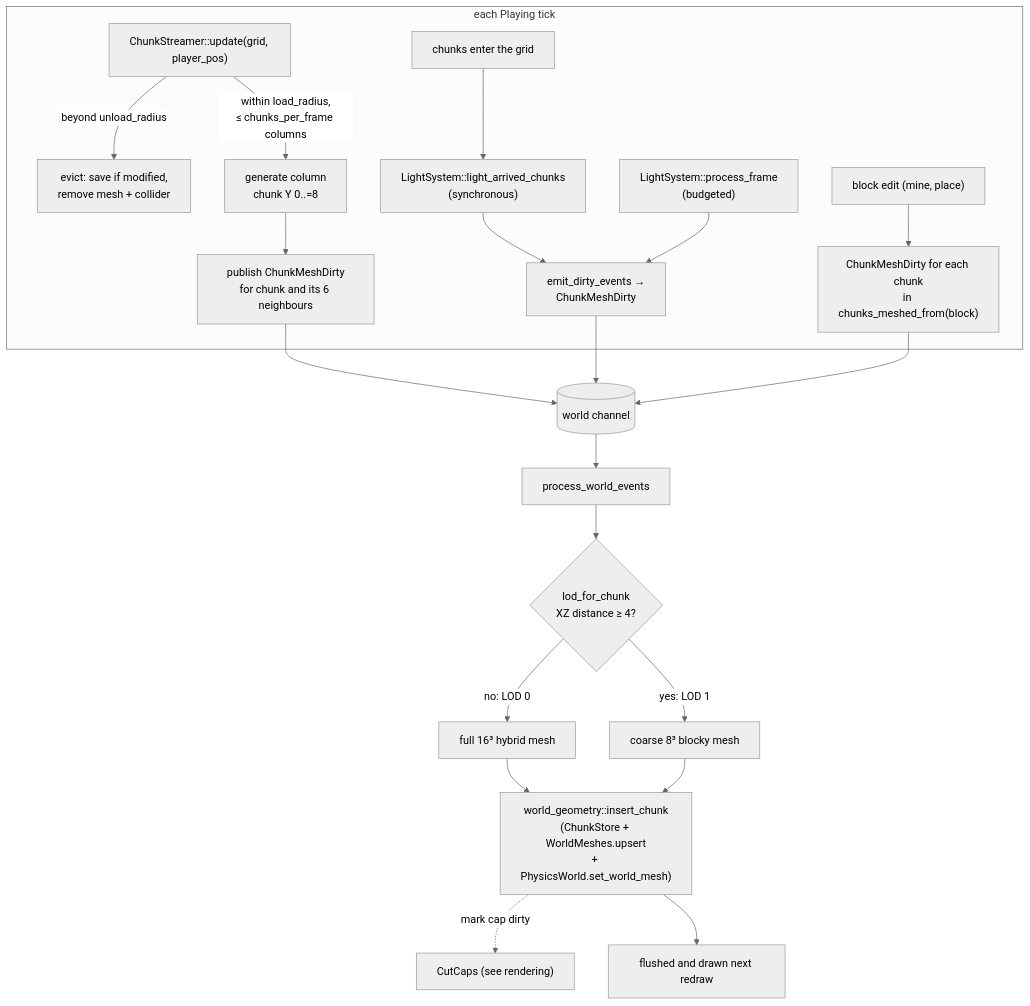
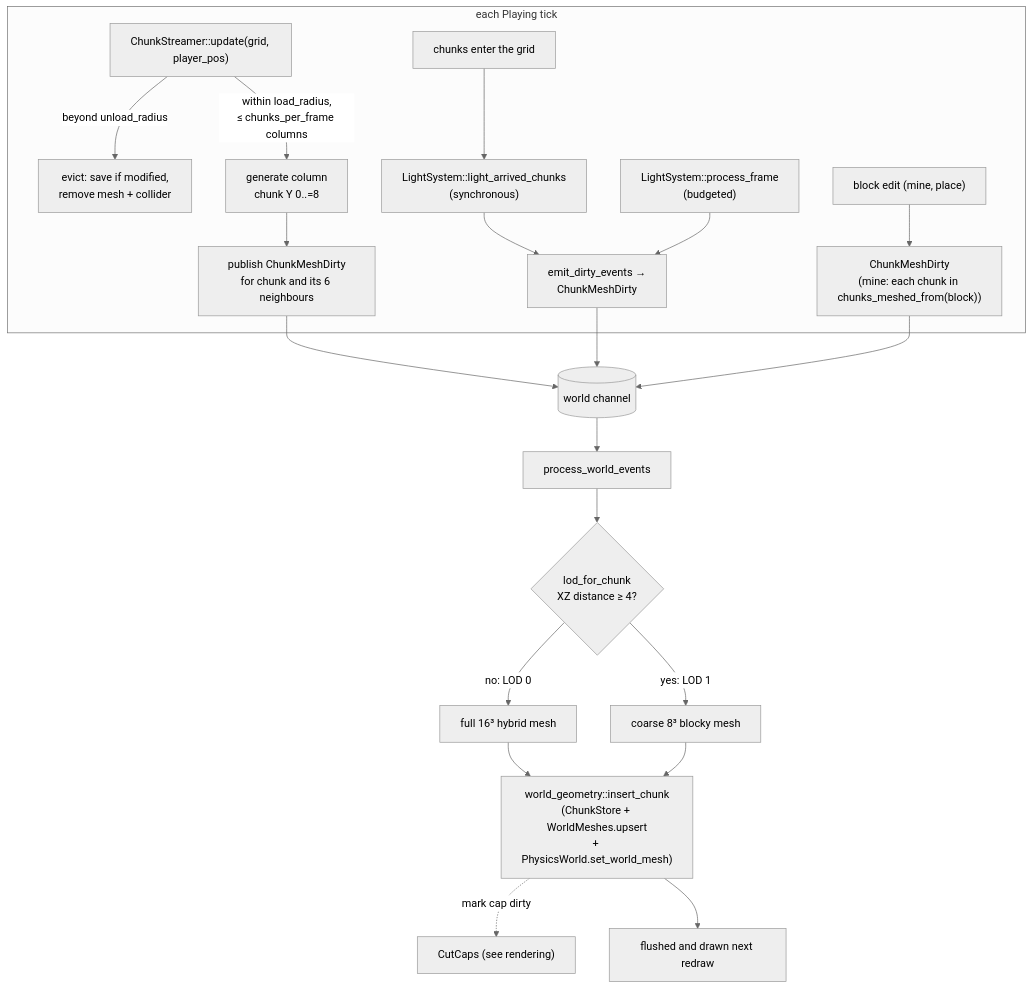
Before and after one commit to WrackedFella/moho: the diagram in wiki/architecture/world-streaming.md, drawn with Mermaid (neutral theme). The commit also changed other lines of this file and 1 other file, not shown here.

Commit message:
docs(voxel): scope the dependent-chunk set to geometry (#342)

````diff
--- a/wiki/architecture/world-streaming.md
+++ b/wiki/architecture/world-streaming.md
@@ -10,21 +10,21 @@
 ```mermaid
 flowchart TD
     subgraph frame["each Playing tick"]
         S["ChunkStreamer::update(grid, player_pos)"]
         S -->|"beyond unload_radius"| EV["evict: save if modified,<br/>remove mesh + collider"]
         S -->|"within load_radius,<br/>≤ chunks_per_frame columns"| LD["generate column<br/>chunk Y 0..=8"]
         LD --> D1["publish ChunkMeshDirty<br/>for chunk and its 6 neighbours"]
         LA["chunks enter the grid"] --> LL["LightSystem::light_arrived_chunks<br/>(synchronous)"]
         LL --> D2
         LS["LightSystem::process_frame<br/>(budgeted)"] --> D2["emit_dirty_events →<br/>ChunkMeshDirty"]
-        EDIT["block edit (mine, place)"] --> D3["ChunkMeshDirty for each chunk<br/>in chunks_meshed_from(block)"]
+        EDIT["block edit (mine, place)"] --> D3["ChunkMeshDirty<br/>(mine: each chunk in chunks_meshed_from(block))"]
     end
     D1 & D2 & D3 --> CH[("world channel")]
     CH --> PW["process_world_events"]
     PW --> LOD{"lod_for_chunk<br/>XZ distance ≥ 4?"}
     LOD -- "no: LOD 0" --> M0["full 16³ hybrid mesh"]
     LOD -- "yes: LOD 1" --> M1["coarse 8³ blocky mesh"]
     M0 & M1 --> OUT["world_geometry::insert_chunk<br/>(ChunkStore + WorldMeshes.upsert<br/>+ PhysicsWorld.set_world_mesh)"]
     OUT -. "mark cap dirty" .-> CAP["CutCaps (see rendering)"]
     OUT --> R["flushed and drawn next redraw"]
 ```
````
